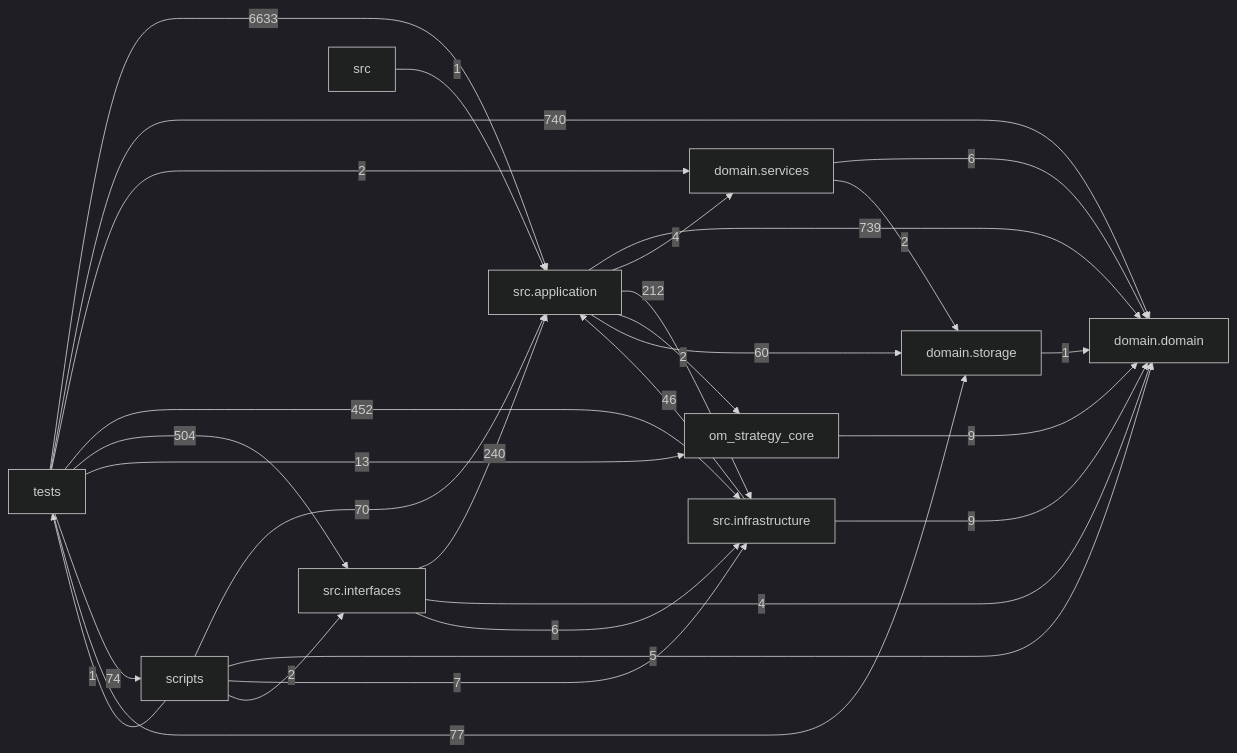
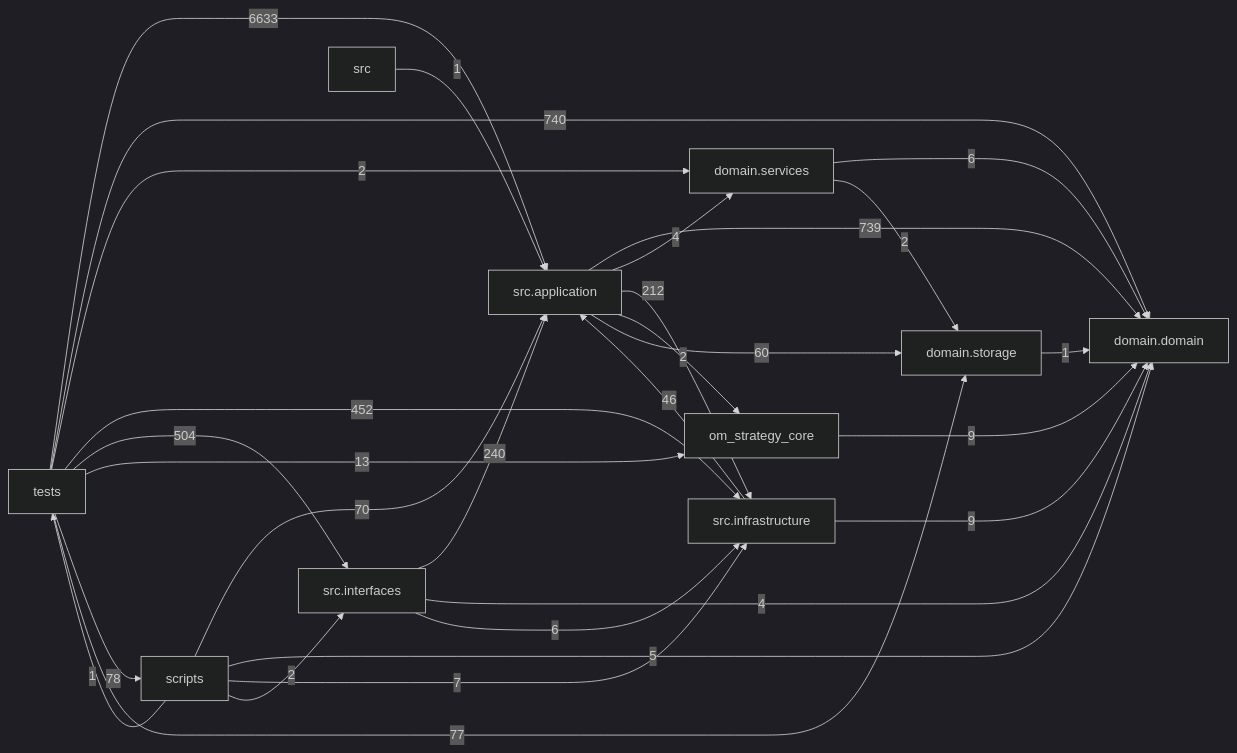
Before and after one commit to liuxie066/options-monitor: the diagram in docs/DEPENDENCY_GRAPH.md, drawn with Mermaid (dark theme). The commit also changed other lines of this file and 7 other files, not shown here.

````diff
--- a/docs/DEPENDENCY_GRAPH.md
+++ b/docs/DEPENDENCY_GRAPH.md
@@ -24,39 +24,39 @@
 ```mermaid
 flowchart LR
   tests["tests"]
   scripts["scripts"]
   interfaces["src.interfaces"]
   application["src.application"]
   infrastructure["src.infrastructure"]
   domain_services["domain.services"]
   domain["domain.domain"]
   storage["domain.storage"]
   application -->|739| domain
   application -->|4| domain_services
   application -->|212| infrastructure
   application -->|2| om_strategy_core
   application -->|60| storage
   domain_services -->|6| domain
   domain_services -->|2| storage
   infrastructure -->|46| application
   infrastructure -->|9| domain
   interfaces -->|240| application
   interfaces -->|4| domain
   interfaces -->|6| infrastructure
   om_strategy_core -->|9| domain
   scripts -->|70| application
   scripts -->|5| domain
   scripts -->|7| infrastructure
   scripts -->|2| interfaces
   scripts -->|1| tests
   src -->|1| application
   storage -->|1| domain
   tests -->|6633| application
   tests -->|740| domain
   tests -->|2| domain_services
   tests -->|452| infrastructure
   tests -->|504| interfaces
   tests -->|13| om_strategy_core
-  tests -->|74| scripts
+  tests -->|78| scripts
   tests -->|77| storage
 ```
````
